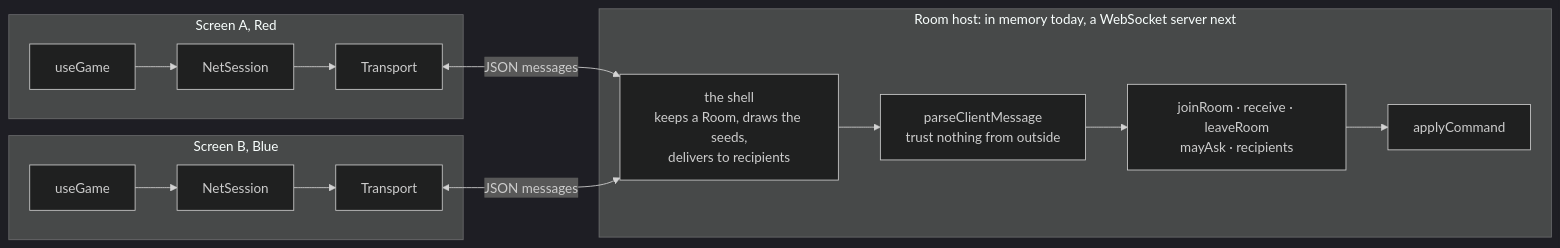
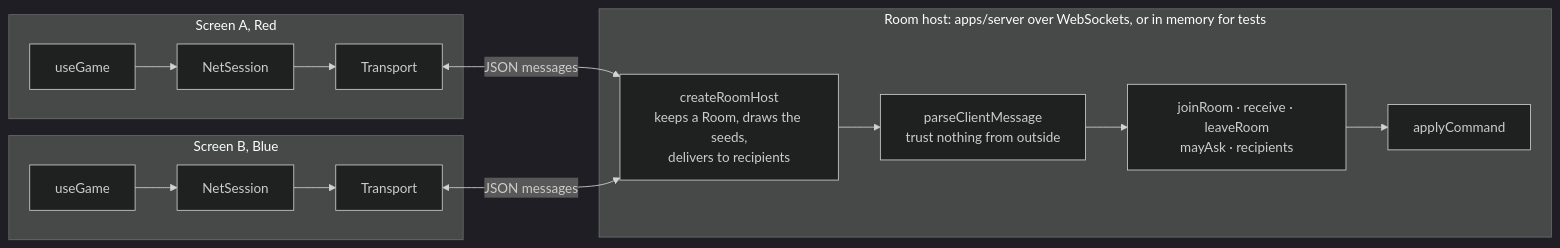
Before and after one commit to goyuriy/pocketknives: the seventh of 8 diagrams in ARCHITECTURE.md, drawn with Mermaid (dark theme). The commit also changed other lines of this file and 30 other files, not shown here.

First line of the commit message:
Play over a link: a ws room server and a join address

````diff
--- a/ARCHITECTURE.md
+++ b/ARCHITECTURE.md
@@ -335,18 +336,18 @@
 ```mermaid
 flowchart LR
   subgraph screenA["Screen A, Red"]
     gameA["useGame"] --> netA["NetSession"] --> lineA["Transport"]
   end
   subgraph screenB["Screen B, Blue"]
     gameB["useGame"] --> netB["NetSession"] --> lineB["Transport"]
   end
-  subgraph host["Room host: in memory today, a WebSocket server next"]
-    shell["the shell<br/>keeps a Room, draws the seeds,<br/>delivers to recipients"]
+  subgraph host["Room host: apps/server over WebSockets, or in memory for tests"]
+    shell["createRoomHost<br/>keeps a Room, draws the seeds,<br/>delivers to recipients"]
     check["parseClientMessage<br/>trust nothing from outside"]
     pureRoom["joinRoom · receive · leaveRoom<br/>mayAsk · recipients"]
     applyIt["applyCommand"]
   end
   lineA <-->|"JSON messages"| shell
   lineB <-->|"JSON messages"| shell
   shell --> check --> pureRoom --> applyIt
 ```
````
